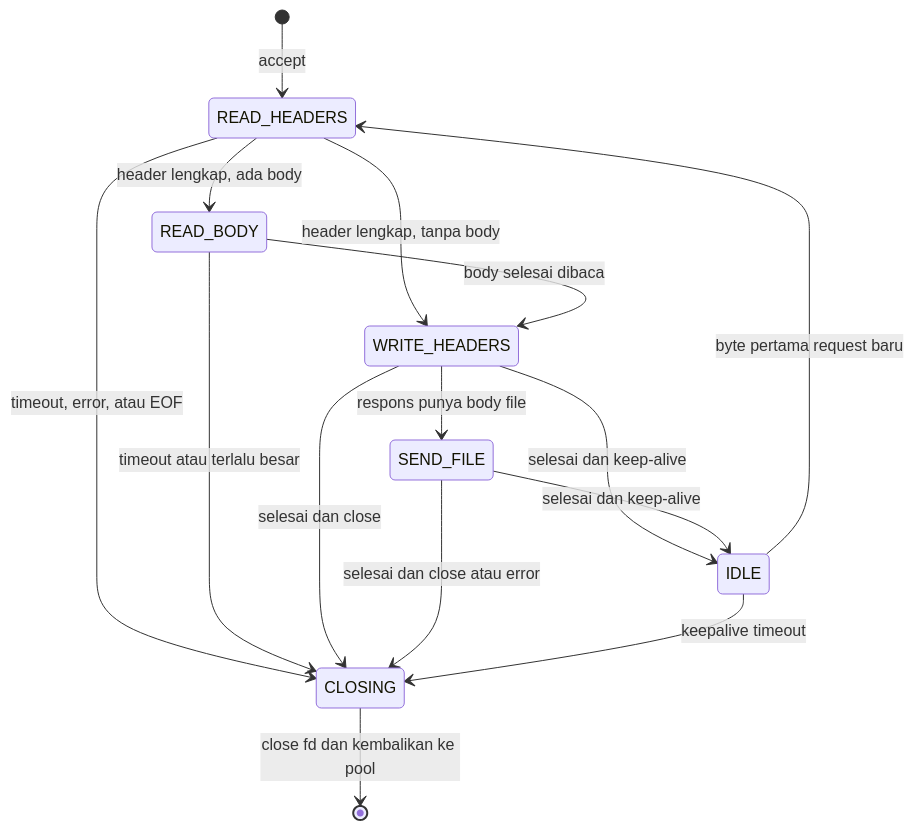
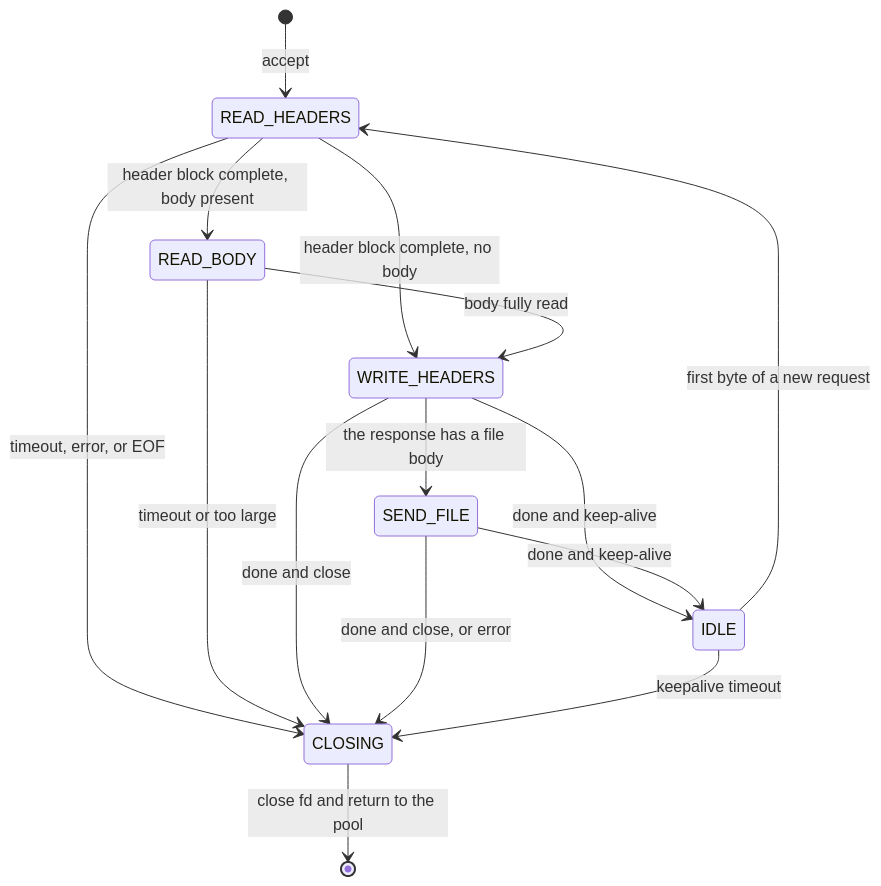
One commit to WildanDeveloper/dantrix changed the diagram in README.md. Above: the diagram before and after it, drawn with Mermaid. The commit also changed other lines of this file, not shown here.

````diff
--- a/README.md
+++ b/README.md
@@ -264,17 +264,17 @@
 ```mermaid
 stateDiagram-v2
     [*] --> READ_HEADERS: accept
-    READ_HEADERS --> READ_BODY: header lengkap, ada body
-    READ_HEADERS --> WRITE_HEADERS: header lengkap, tanpa body
-    READ_HEADERS --> CLOSING: timeout, error, atau EOF
-    READ_BODY --> WRITE_HEADERS: body selesai dibaca
-    READ_BODY --> CLOSING: timeout atau terlalu besar
-    WRITE_HEADERS --> SEND_FILE: respons punya body file
-    WRITE_HEADERS --> IDLE: selesai dan keep-alive
-    WRITE_HEADERS --> CLOSING: selesai dan close
-    SEND_FILE --> IDLE: selesai dan keep-alive
-    SEND_FILE --> CLOSING: selesai dan close atau error
-    IDLE --> READ_HEADERS: byte pertama request baru
+    READ_HEADERS --> READ_BODY: header block complete, body present
+    READ_HEADERS --> WRITE_HEADERS: header block complete, no body
+    READ_HEADERS --> CLOSING: timeout, error, or EOF
+    READ_BODY --> WRITE_HEADERS: body fully read
+    READ_BODY --> CLOSING: timeout or too large
+    WRITE_HEADERS --> SEND_FILE: the response has a file body
+    WRITE_HEADERS --> IDLE: done and keep-alive
+    WRITE_HEADERS --> CLOSING: done and close
+    SEND_FILE --> IDLE: done and keep-alive
+    SEND_FILE --> CLOSING: done and close, or error
+    IDLE --> READ_HEADERS: first byte of a new request
     IDLE --> CLOSING: keepalive timeout
-    CLOSING --> [*]: close fd dan kembalikan ke pool
+    CLOSING --> [*]: close fd and return to the pool
 ```
````
